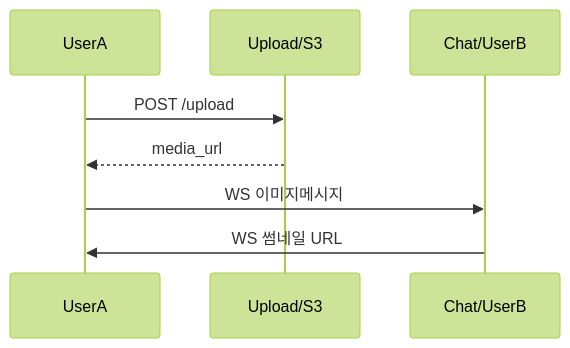
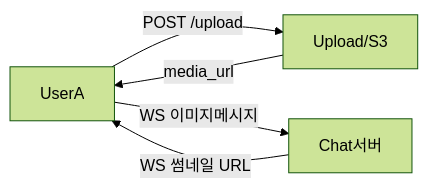
The ninth of 9 diagrams in _posts/systemdesign/2026-05-02-system-design-chat.md (yjkim2015/yjkim2015.github.io), drawn with Mermaid (forest theme) before and after one commit. The commit also changed other lines of this file and 84 other files, not shown here.

First line of the commit message:
85개 포스트 Mermaid 다이어그램 규칙 일괄 수정

````diff
--- a/_posts/systemdesign/2026-05-02-system-design-chat.md
+++ b/_posts/systemdesign/2026-05-02-system-design-chat.md
@@ -642,10 +639,7 @@
 ```mermaid
-sequenceDiagram
-    participant A as UserA
-    participant UP as Upload/S3
-    participant S as Chat/UserB
-    A->>UP: POST /upload
-    UP-->>A: media_url
-    A->>S: WS 이미지메시지
-    S->>A: WS 썸네일 URL
+graph LR
+    A[UserA] -->|POST /upload| B[Upload/S3]
+    B -->|media_url| A
+    A -->|WS 이미지메시지| C[Chat서버]
+    C -->|WS 썸네일 URL| A
 ```
````
